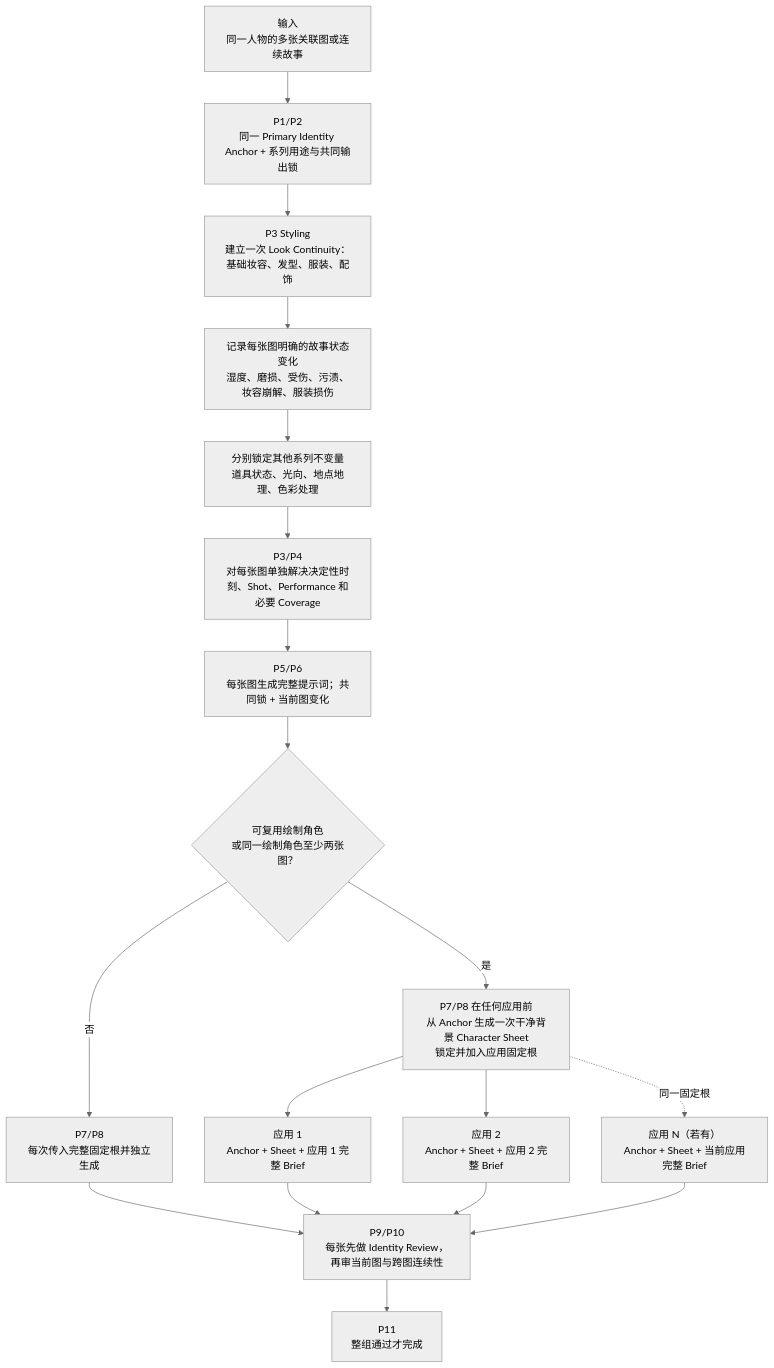
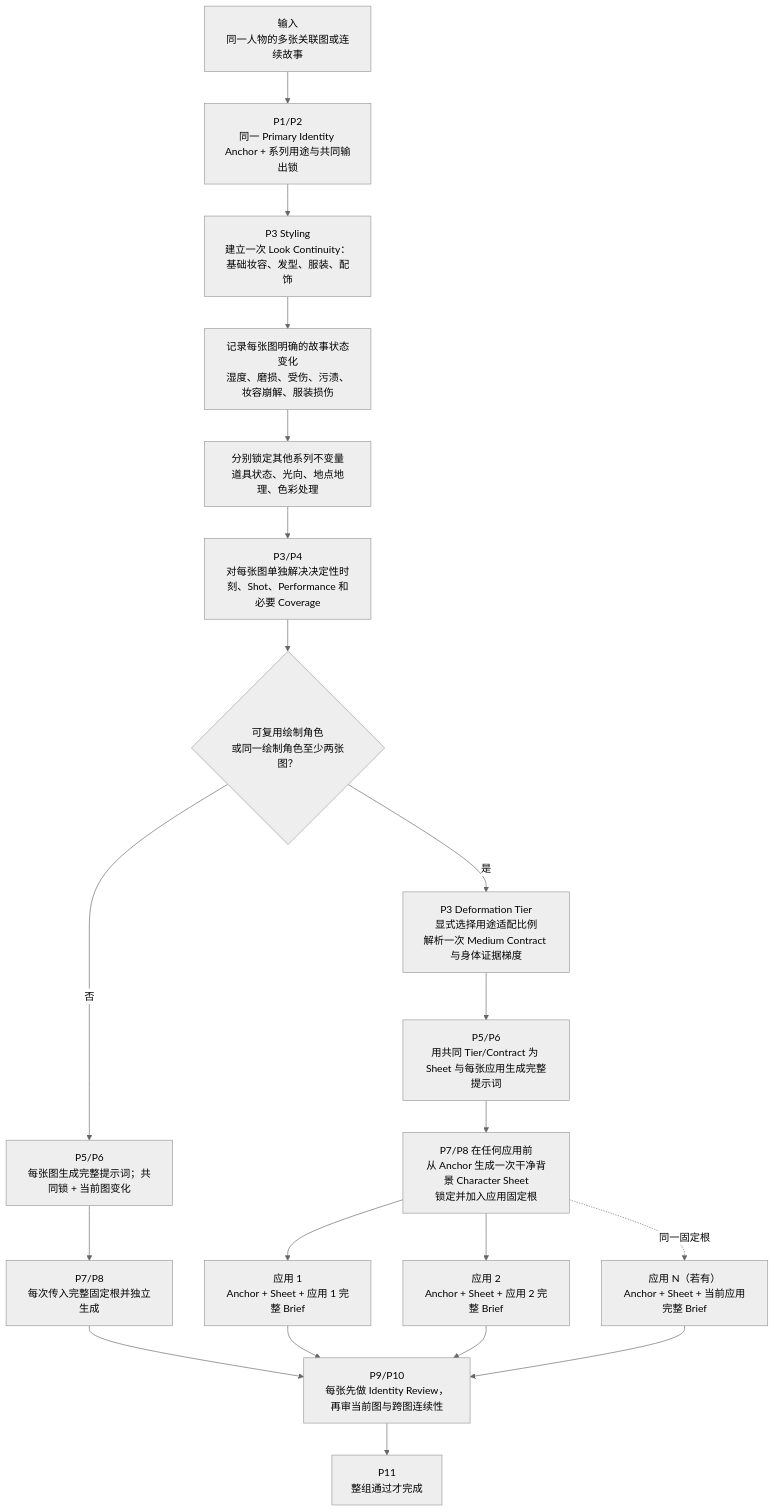
Before and after one commit to cyaoc/cast-me: diagram 11 of 13 in docs/architecture.md, drawn with Mermaid (neutral theme). The commit also changed other lines of this file and 6 other files, not shown here.

Commit message:
feat: resolve deformation tier body evidence

````diff
--- a/docs/architecture.md
+++ b/docs/architecture.md
@@ -375,20 +383,22 @@
 ```mermaid
 flowchart TD
     U["输入<br/>同一人物的多张关联图或连续故事"] --> BASE["P1/P2<br/>同一 Primary Identity Anchor + 系列用途与共同输出锁"]
     BASE --> LOOK["P3 Styling<br/>建立一次 Look Continuity：基础妆容、发型、服装、配饰"]
     LOOK --> EVOLVE["记录每张图明确的故事状态变化<br/>湿度、磨损、受伤、污渍、妆容崩解、服装损伤"]
     EVOLVE --> OTHER["分别锁定其他系列不变量<br/>道具状态、光向、地点地理、色彩处理"]
     OTHER --> EACH["P3/P4<br/>对每张图单独解决决定性时刻、Shot、Performance 和必要 Coverage"]
-    EACH --> P["P5/P6<br/>每张图生成完整提示词；共同锁 + 当前图变化"]
-    P --> DRAWN{"可复用绘制角色<br/>或同一绘制角色至少两张图？"}
-    DRAWN -- 否 --> I["P7/P8<br/>每次传入完整固定根并独立生成"]
-    DRAWN -- 是 --> SHEET["P7/P8 在任何应用前<br/>从 Anchor 生成一次干净背景 Character Sheet<br/>锁定并加入应用固定根"]
+    EACH --> DRAWN{"可复用绘制角色<br/>或同一绘制角色至少两张图？"}
+    DRAWN -- 否 --> P["P5/P6<br/>每张图生成完整提示词；共同锁 + 当前图变化"]
+    P --> I["P7/P8<br/>每次传入完整固定根并独立生成"]
+    DRAWN -- 是 --> TIER["P3 Deformation Tier<br/>显式选择用途适配比例<br/>解析一次 Medium Contract 与身体证据梯度"]
+    TIER --> DP["P5/P6<br/>用共同 Tier/Contract 为 Sheet 与每张应用生成完整提示词"]
+    DP --> SHEET["P7/P8 在任何应用前<br/>从 Anchor 生成一次干净背景 Character Sheet<br/>锁定并加入应用固定根"]
     SHEET --> A1["应用 1<br/>Anchor + Sheet + 应用 1 完整 Brief"]
     SHEET --> A2["应用 2<br/>Anchor + Sheet + 应用 2 完整 Brief"]
     SHEET -. 同一固定根 .-> AN["应用 N（若有）<br/>Anchor + Sheet + 当前应用完整 Brief"]
     I --> R["P9/P10<br/>每张先做 Identity Review，再审当前图与跨图连续性"]
     A1 --> R
     A2 --> R
     AN --> R
     R --> O["P11<br/>整组通过才完成"]
 ```
````
